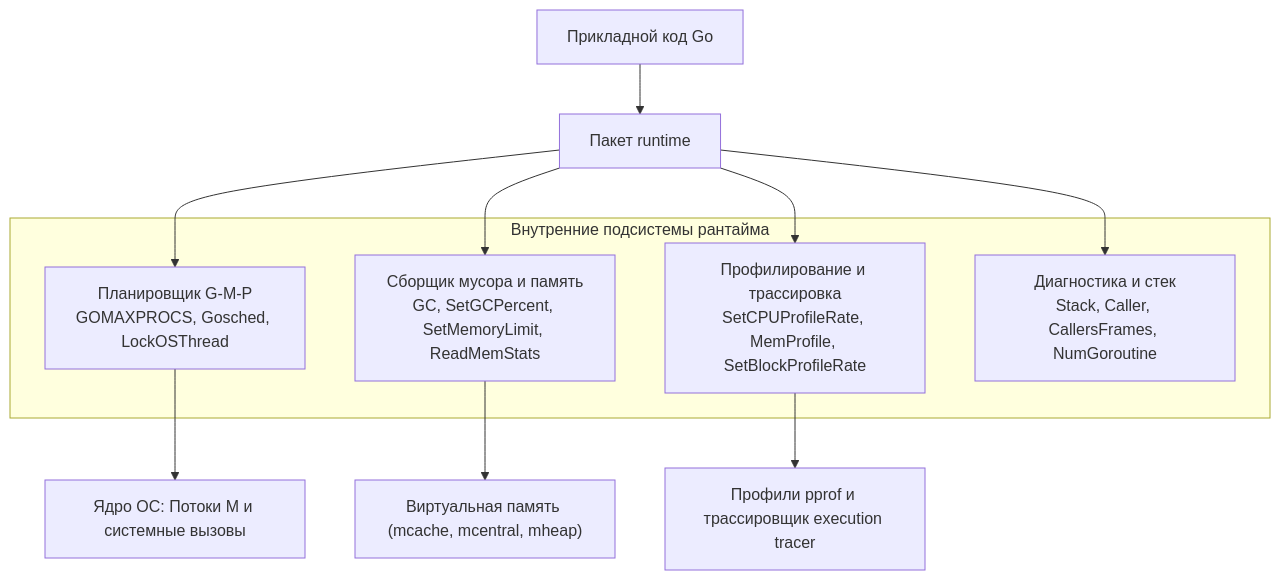
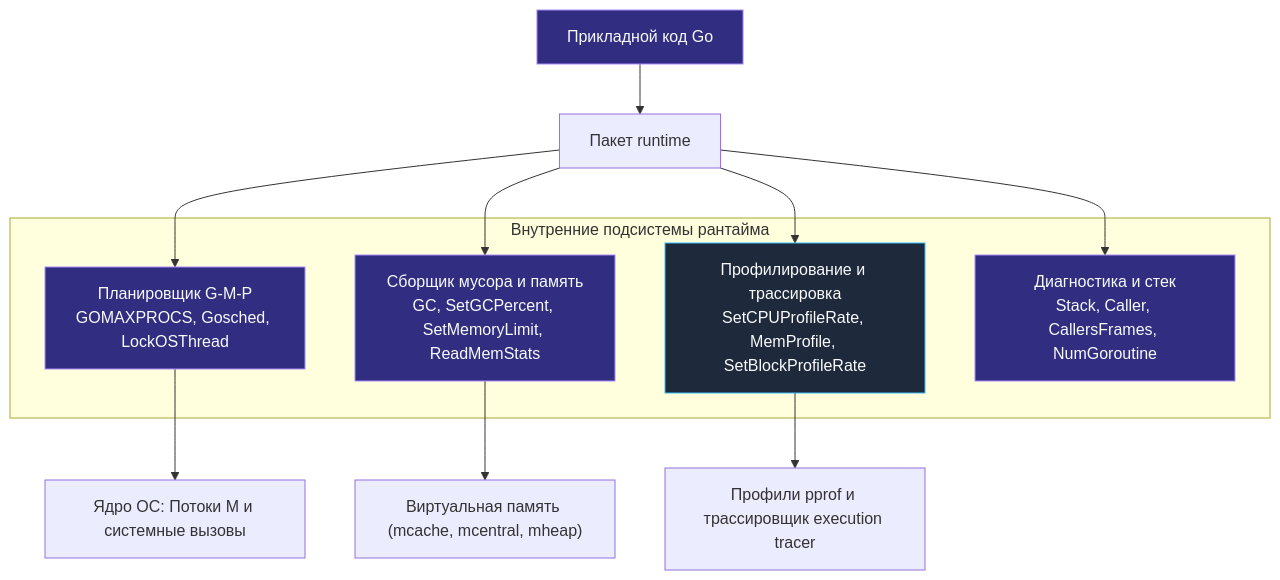
One commit to UnrealTemplier/go-textbook changed the first of 2 diagrams in sources/16. Профилирование, отладка и производительность/08. Runtime и инструменты/1. runtime пакет.md. Above: the diagram before and after it, drawn with Mermaid. The commit also changed other lines of this file and 1666 other files, not shown here.

First line of the commit message:
feat(mermaid): add semantic color classDef to 1369 colorless flowchart/graph diagrams

````diff
--- a/sources/16. Профилирование, отладка и производительность/08. Runtime и инструменты/1. runtime пакет.md
+++ b/sources/16. Профилирование, отладка и производительность/08. Runtime и инструменты/1. runtime пакет.md
@@ -7,20 +7,30 @@
 ```mermaid
 flowchart TD
-    App["Прикладной код Go"] --> RuntimeAPI["Пакет runtime"]
+    classDef process  fill:#1e293b,stroke:#38bdf8,stroke-width:1px,color:#f8fafc
+    classDef success  fill:#064e3b,stroke:#34d399,stroke-width:1px,color:#f8fafc
+    classDef error    fill:#7f1d1d,stroke:#f87171,stroke-width:1px,color:#f8fafc
+    classDef warning  fill:#78350f,stroke:#fbbf24,stroke-width:1px,color:#f8fafc
+    classDef entry    fill:#1e3a5f,stroke:#38bdf8,stroke-width:2px,color:#f8fafc
+    classDef aux      fill:#334155,stroke:#64748b,stroke-width:1px,color:#f8fafc
+    classDef system   fill:#312e81,stroke:#a78bfa,stroke-width:1px,color:#f8fafc
+    classDef data     fill:#132d29,stroke:#2dd4bf,stroke-width:1px,color:#f8fafc
+    classDef network  fill:#881337,stroke:#fb7185,stroke-width:1px,color:#f8fafc
+    classDef accent   fill:#1e1b4b,stroke:#818cf8,stroke-width:1px,color:#f8fafc
+    App["Прикладной код Go"]:::system --> RuntimeAPI["Пакет runtime"]
     
     subgraph Subsystems ["Внутренние подсистемы рантайма"]
-        Scheduler["Планировщик G-M-P<br/>GOMAXPROCS, Gosched, LockOSThread"]
-        GC["Сборщик мусора и память<br/>GC, SetGCPercent, SetMemoryLimit, ReadMemStats"]
-        Profiler["Профилирование и трассировка<br/>SetCPUProfileRate, MemProfile, SetBlockProfileRate"]
-        Diagnostics["Диагностика и стек<br/>Stack, Caller, CallersFrames, NumGoroutine"]
+        Scheduler["Планировщик G-M-P<br/>GOMAXPROCS, Gosched, LockOSThread"]:::system
+        GC["Сборщик мусора и память<br/>GC, SetGCPercent, SetMemoryLimit, ReadMemStats"]:::system
+        Profiler["Профилирование и трассировка<br/>SetCPUProfileRate, MemProfile, SetBlockProfileRate"]:::process
+        Diagnostics["Диагностика и стек<br/>Stack, Caller, CallersFrames, NumGoroutine"]:::system
     end
     
     RuntimeAPI --> Scheduler
     RuntimeAPI --> GC
     RuntimeAPI --> Profiler
     RuntimeAPI --> Diagnostics
     
     Scheduler --> OSThreads["Ядро ОС: Потоки M и системные вызовы"]
     GC --> VirtualMemory["Виртуальная память (mcache, mcentral, mheap)"]
     Profiler --> PprofData["Профили pprof и трассировщик execution tracer"]
 ```
````
